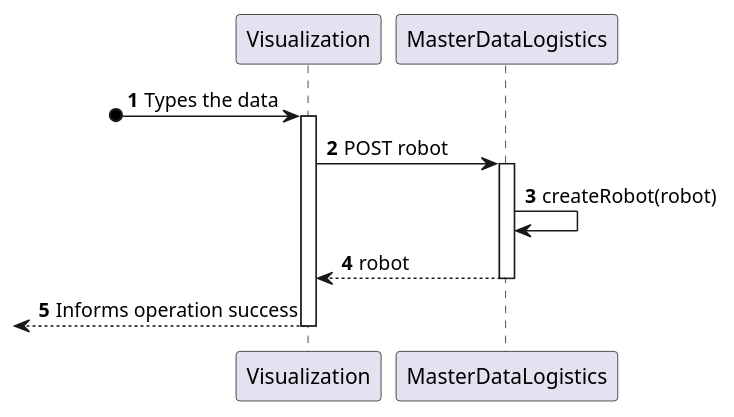
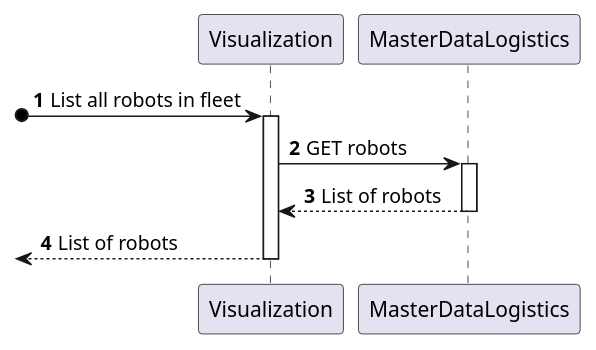
Before and after one commit to Pedro-Pereira1/sem5pi_23_24_g056: the diagram in docs/US_380/Diagrams/Level2/ProcessView.puml, drawn with PlantUML. The commit also changed 2 other files, not shown here.

```diff
--- a/docs/US_380/Diagrams/Level2/ProcessView.puml
+++ b/docs/US_380/Diagrams/Level2/ProcessView.puml
@@ -1,23 +1,21 @@
 @startuml
 
 autonumber
 
 participant Visualization
 participant "MasterDataLogistics" as GI
 
-?o-> Visualization: Types the data
+?o-> Visualization: List all robots in fleet
 activate Visualization
 
-Visualization -> GI: POST robot
+Visualization -> GI: GET robots
 activate GI
 
-GI -> GI: createRobot(robot)
-
-GI --> Visualization: robot
+GI --> Visualization: List of robots
 deactivate GI
 
-<-- Visualization: Informs operation success
+<-- Visualization: List of robots
 deactivate Visualization
 
 
 @enduml
```
